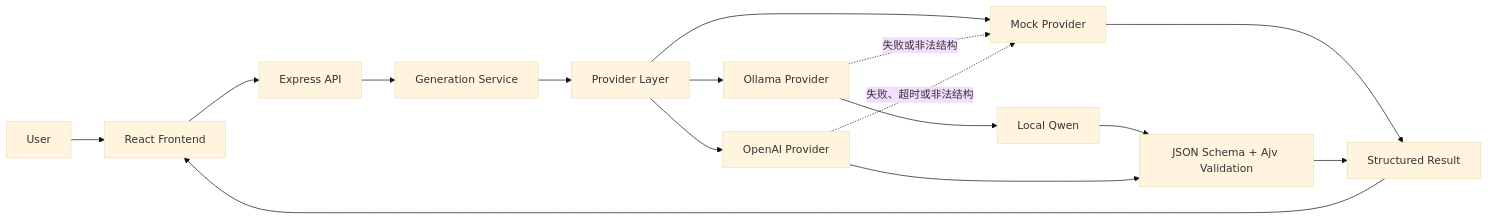
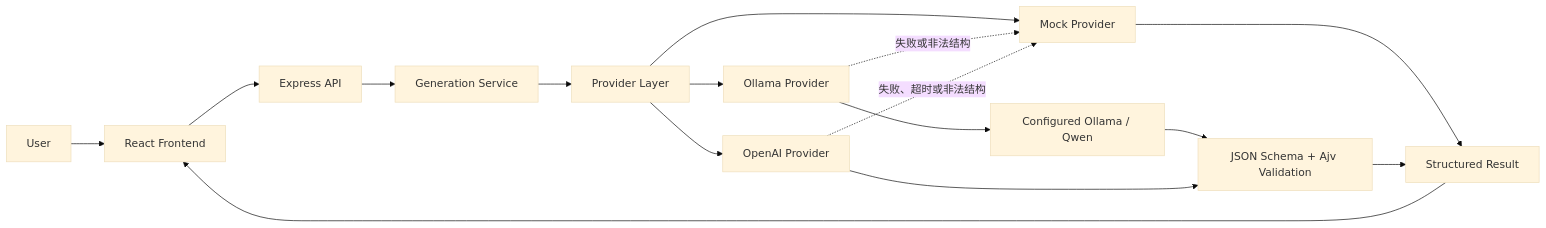
One commit to jamesyu200704-star/NewsPilot-AI changed the diagram in README.md. Above: the diagram before and after it, drawn with Mermaid (base theme). The commit also changed other lines of this file and 17 other files, not shown here.

```diff
--- a/README.md
+++ b/README.md
@@ -68,18 +73,18 @@
 ~~~mermaid
 flowchart LR
     U["User"] --> F["React Frontend"]
     F --> E["Express API"]
     E --> G["Generation Service"]
     G --> P["Provider Layer"]
     P --> M["Mock Provider"]
     P --> O["Ollama Provider"]
     P --> A["OpenAI Provider"]
     M --> R["Structured Result"]
-    O --> Q["Local Qwen"]
+    O --> Q["Configured Ollama / Qwen"]
     Q --> V["JSON Schema + Ajv Validation"]
     A --> V["JSON Schema + Ajv Validation"]
     V --> R
     O -. "失败或非法结构" .-> M
     A -. "失败、超时或非法结构" .-> M
     R --> F
 ~~~
```
